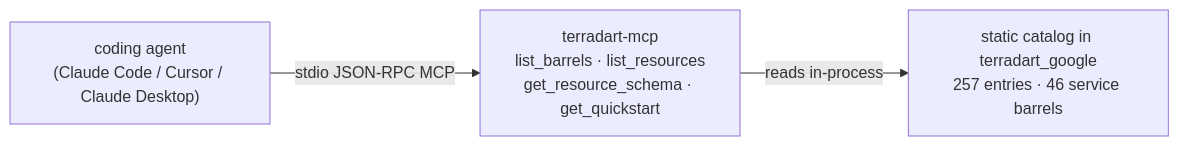
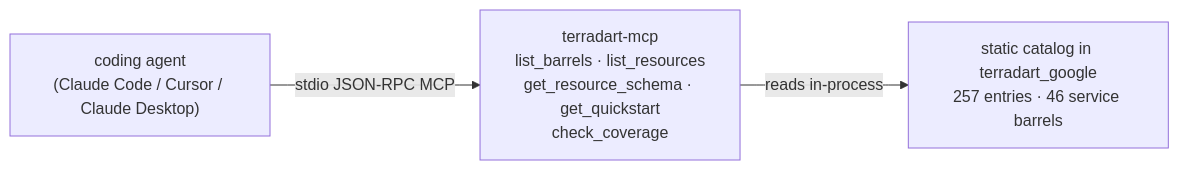
One commit to nozomi-koborinai/terradart changed the diagram in website/src/content/docs/docs/agent/index.md. Above: the diagram before and after it, drawn with Mermaid. The commit also changed other lines of this file and 74 other files, not shown here.

````diff
--- a/website/src/content/docs/docs/agent/index.md
+++ b/website/src/content/docs/docs/agent/index.md
@@ -12,8 +12,8 @@
 ```mermaid
 graph LR
   agent["coding agent<br/>(Claude Code / Cursor / Claude Desktop)"]
-  mcp["terradart-mcp<br/>list_barrels · list_resources<br/>get_resource_schema · get_quickstart"]
+  mcp["terradart-mcp<br/>list_barrels · list_resources<br/>get_resource_schema · get_quickstart<br/>check_coverage"]
   catalog["static catalog in terradart_google<br/>257 entries · 46 service barrels"]
   agent -->|stdio JSON-RPC MCP| mcp
   mcp -->|reads in-process| catalog
 ```
````
